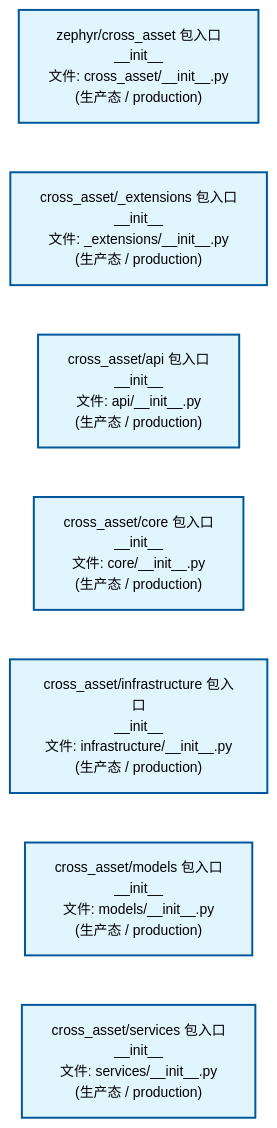
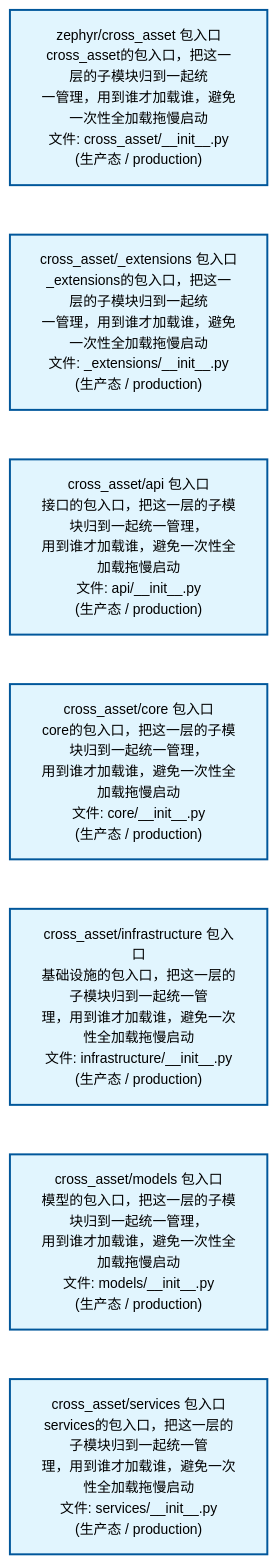
The first of 2 diagrams in docs/02_enterprise_architecture/02_domain_architecture_docs/40_d_cross_asset.md (xuanFelixVan/ZephyrAlpha), drawn with Mermaid before and after one commit. The commit also changed other lines of this file and 63 other files, not shown here.

````diff
--- a/docs/02_enterprise_architecture/02_domain_architecture_docs/40_d_cross_asset.md
+++ b/docs/02_enterprise_architecture/02_domain_architecture_docs/40_d_cross_asset.md
@@ -53,22 +53,22 @@
 ```mermaid
 %%{init: {'theme': 'base', 'themeVariables': {'primaryColor': '#eaeaea', 'primaryTextColor': '#333333', 'primaryBorderColor': '#666666', 'lineColor': '#666666', 'secondaryColor': '#eaeaea', 'tertiaryColor': '#eaeaea', 'fontSize': '14px'}}}%%
 flowchart TD
-    src_zephyr_cross_asset_init_py["zephyr/cross_asset 包入口<br/>__init__<br/>文件: cross_asset/__init__.py<br/>(生产态 / production)"]
-    src_zephyr_cross_asset_extensions_init_py["cross_asset/_extensions 包入口<br/>__init__<br/>文件: _extensions/__init__.py<br/>(生产态 / production)"]
-    src_zephyr_cross_asset_api_init_py["cross_asset/api 包入口<br/>__init__<br/>文件: api/__init__.py<br/>(生产态 / production)"]
-    src_zephyr_cross_asset_core_init_py["cross_asset/core 包入口<br/>__init__<br/>文件: core/__init__.py<br/>(生产态 / production)"]
-    src_zephyr_cross_asset_infrastructure_init_py["cross_asset/infrastructure 包入口<br/>__init__<br/>文件: infrastructure/__init__.py<br/>(生产态 / production)"]
-    src_zephyr_cross_asset_models_init_py["cross_asset/models 包入口<br/>__init__<br/>文件: models/__init__.py<br/>(生产态 / production)"]
-    src_zephyr_cross_asset_services_init_py["cross_asset/services 包入口<br/>__init__<br/>文件: services/__init__.py<br/>(生产态 / production)"]
+    src_zephyr_cross_asset_init_py["zephyr/cross_asset 包入口<br/>cross_asset的包入口，把这一层的子模块归到一起统<br/>一管理，用到谁才加载谁，避免一次性全加载拖慢启动<br/>文件: cross_asset/__init__.py<br/>(生产态 / production)"]
+    src_zephyr_cross_asset_extensions_init_py["cross_asset/_extensions 包入口<br/>_extensions的包入口，把这一层的子模块归到一起统<br/>一管理，用到谁才加载谁，避免一次性全加载拖慢启动<br/>文件: _extensions/__init__.py<br/>(生产态 / production)"]
+    src_zephyr_cross_asset_api_init_py["cross_asset/api 包入口<br/>接口的包入口，把这一层的子模块归到一起统一管理，<br/>用到谁才加载谁，避免一次性全加载拖慢启动<br/>文件: api/__init__.py<br/>(生产态 / production)"]
+    src_zephyr_cross_asset_core_init_py["cross_asset/core 包入口<br/>core的包入口，把这一层的子模块归到一起统一管理，<br/>用到谁才加载谁，避免一次性全加载拖慢启动<br/>文件: core/__init__.py<br/>(生产态 / production)"]
+    src_zephyr_cross_asset_infrastructure_init_py["cross_asset/infrastructure 包入口<br/>基础设施的包入口，把这一层的子模块归到一起统一管<br/>理，用到谁才加载谁，避免一次性全加载拖慢启动<br/>文件: infrastructure/__init__.py<br/>(生产态 / production)"]
+    src_zephyr_cross_asset_models_init_py["cross_asset/models 包入口<br/>模型的包入口，把这一层的子模块归到一起统一管理，<br/>用到谁才加载谁，避免一次性全加载拖慢启动<br/>文件: models/__init__.py<br/>(生产态 / production)"]
+    src_zephyr_cross_asset_services_init_py["cross_asset/services 包入口<br/>services的包入口，把这一层的子模块归到一起统一管<br/>理，用到谁才加载谁，避免一次性全加载拖慢启动<br/>文件: services/__init__.py<br/>(生产态 / production)"]
     src_zephyr_cross_asset_init_py ~~~ src_zephyr_cross_asset_extensions_init_py
     src_zephyr_cross_asset_extensions_init_py ~~~ src_zephyr_cross_asset_api_init_py
     src_zephyr_cross_asset_api_init_py ~~~ src_zephyr_cross_asset_core_init_py
     src_zephyr_cross_asset_core_init_py ~~~ src_zephyr_cross_asset_infrastructure_init_py
     src_zephyr_cross_asset_infrastructure_init_py ~~~ src_zephyr_cross_asset_models_init_py
     src_zephyr_cross_asset_models_init_py ~~~ src_zephyr_cross_asset_services_init_py
     classDef production fill:#e1f5fe,stroke:#01579b,stroke-width:2px,color:#000
     classDef design fill:#fff3e0,stroke:#e65100,stroke-width:2px,color:#000,stroke-dasharray: 5 5
     classDef external_prod fill:#e8f4fd,stroke:#0277bd,stroke-width:1px,color:#000
     classDef external_design fill:#fff8e7,stroke:#ef6c00,stroke-width:1px,color:#000,stroke-dasharray: 5 5
     class src_zephyr_cross_asset_init_py,src_zephyr_cross_asset_extensions_init_py,src_zephyr_cross_asset_api_init_py,src_zephyr_cross_asset_core_init_py,src_zephyr_cross_asset_infrastructure_init_py,src_zephyr_cross_asset_models_init_py,src_zephyr_cross_asset_services_init_py production
 ```
````
